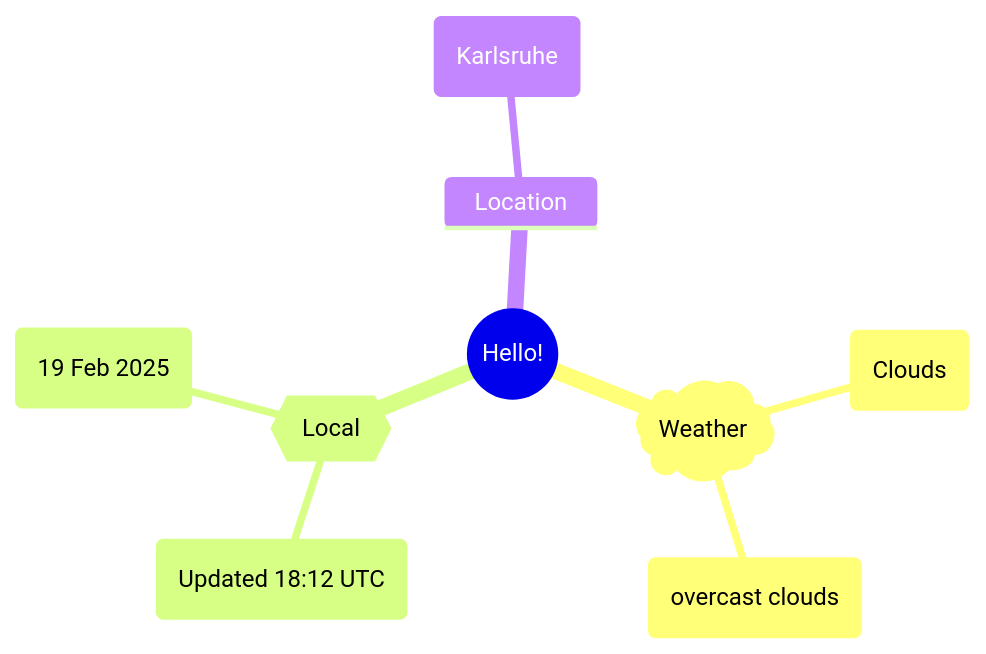
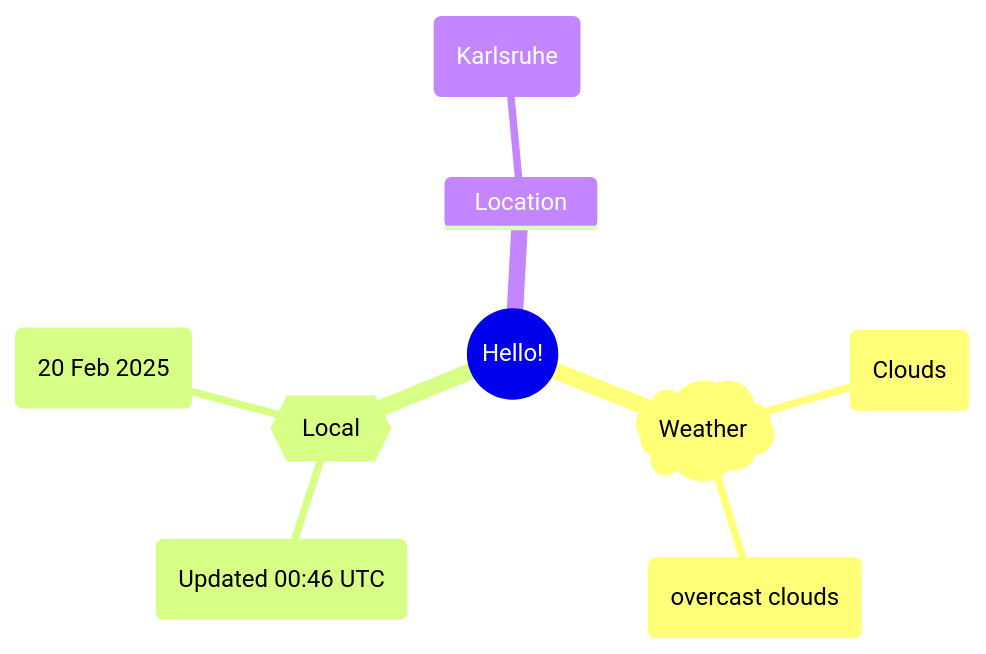
Before and after one commit to Xosrov/Xosrov: the first of 2 diagrams in README.md, drawn with Mermaid.

Commit message:
[bot] updated images

````diff
--- a/README.md
+++ b/README.md
@@ -3,12 +3,12 @@
 ```mermaid
 mindmap
   root((Hello!))
     )Weather(
         (Clouds)
         (overcast clouds)
     {{Local}}
-        (Updated 18:12 UTC)
-        (19 Feb 2025)
+        (Updated 00:46 UTC)
+        (20 Feb 2025)
     Location
         (Karlsruhe)
 ```
````
